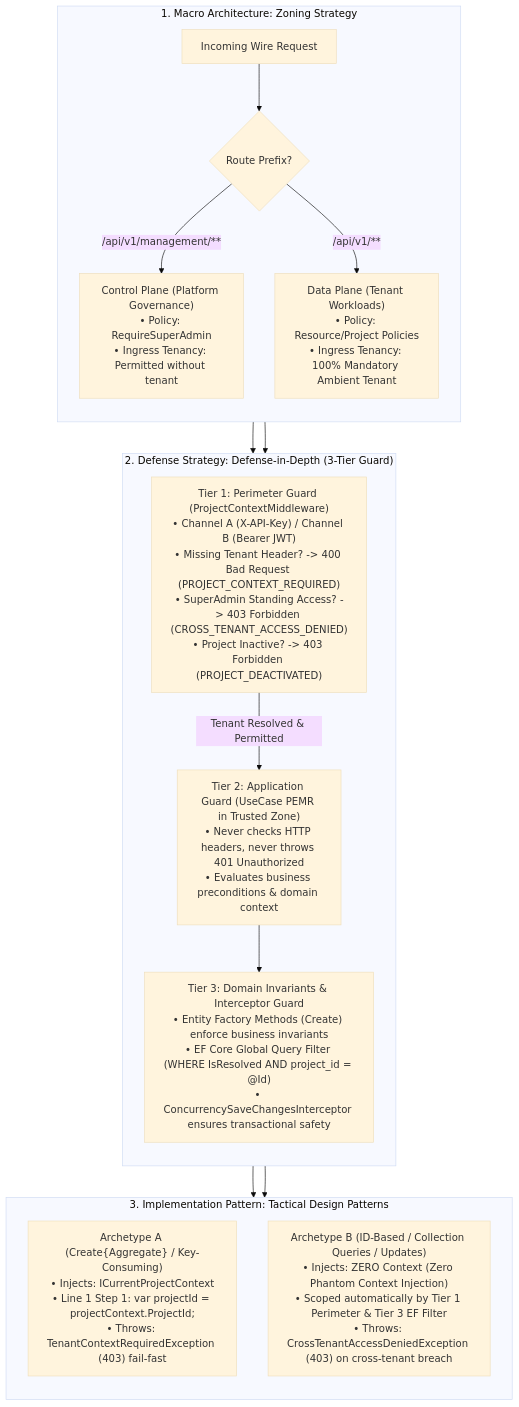
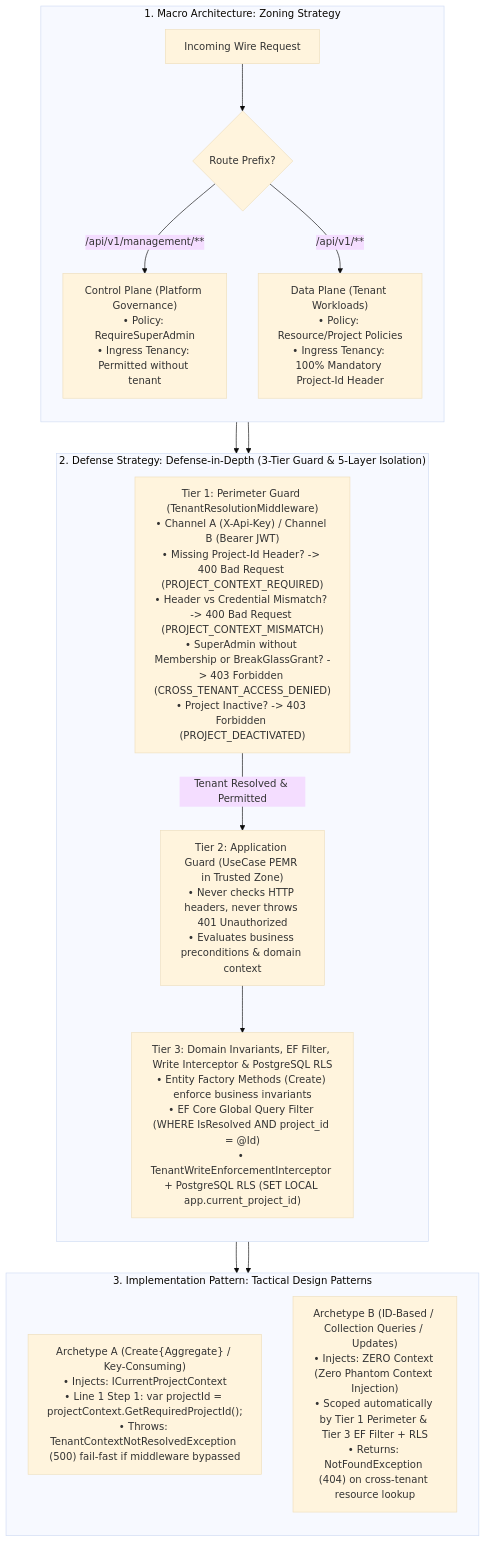
Before and after one commit to suang05/doc_template: the first of 2 diagrams in specs/03_specialized_mechanics/multi_tenant_security_pipeline.md, drawn with Mermaid (base theme). The commit also changed other lines of this file and 17 other files, not shown here.

Commit message:
feat: add backend v2 build configuration, banned symbols, and core architecture specifications

````diff
--- a/specs/03_specialized_mechanics/multi_tenant_security_pipeline.md
+++ b/specs/03_specialized_mechanics/multi_tenant_security_pipeline.md
@@ -23,24 +23,24 @@
 ```mermaid
 flowchart TD
     subgraph Macro ["1. Macro Architecture: Zoning Strategy"]
         direction TB
         Req[Incoming Wire Request] --> RouteCheck{Route Prefix?}
         RouteCheck -- "/api/v1/management/**" --> CtrlPlane["Control Plane (Platform Governance)\n• Policy: RequireSuperAdmin\n• Ingress Tenancy: Permitted without tenant"]
-        RouteCheck -- "/api/v1/**" --> DataPlane["Data Plane (Tenant Workloads)\n• Policy: Resource/Project Policies\n• Ingress Tenancy: 100% Mandatory Ambient Tenant"]
+        RouteCheck -- "/api/v1/**" --> DataPlane["Data Plane (Tenant Workloads)\n• Policy: Resource/Project Policies\n• Ingress Tenancy: 100% Mandatory Project-Id Header"]
     end
 
-    subgraph Defense ["2. Defense Strategy: Defense-in-Depth (3-Tier Guard)"]
+    subgraph Defense ["2. Defense Strategy: Defense-in-Depth (3-Tier Guard & 5-Layer Isolation)"]
         direction TB
-        DataPlane --> T1["Tier 1: Perimeter Guard (ProjectContextMiddleware)\n• Channel A (X-API-Key) / Channel B (Bearer JWT)\n• Missing Tenant Header? -> 400 Bad Request (PROJECT_CONTEXT_REQUIRED)\n• SuperAdmin Standing Access? -> 403 Forbidden (CROSS_TENANT_ACCESS_DENIED)\n• Project Inactive? -> 403 Forbidden (PROJECT_DEACTIVATED)"]
+        DataPlane --> T1["Tier 1: Perimeter Guard (TenantResolutionMiddleware)\n• Channel A (X-Api-Key) / Channel B (Bearer JWT)\n• Missing Project-Id Header? -> 400 Bad Request (PROJECT_CONTEXT_REQUIRED)\n• Header vs Credential Mismatch? -> 400 Bad Request (PROJECT_CONTEXT_MISMATCH)\n• SuperAdmin without Membership or BreakGlassGrant? -> 403 Forbidden (CROSS_TENANT_ACCESS_DENIED)\n• Project Inactive? -> 403 Forbidden (PROJECT_DEACTIVATED)"]
         T1 -- Tenant Resolved & Permitted --> T2["Tier 2: Application Guard (UseCase PEMR in Trusted Zone)\n• Never checks HTTP headers, never throws 401 Unauthorized\n• Evaluates business preconditions & domain context"]
-        T2 --> T3["Tier 3: Domain Invariants & Interceptor Guard\n• Entity Factory Methods (Create) enforce business invariants\n• EF Core Global Query Filter (WHERE IsResolved AND project_id = @Id)\n• ConcurrencySaveChangesInterceptor ensures transactional safety"]
+        T2 --> T3["Tier 3: Domain Invariants, EF Filter, Write Interceptor & PostgreSQL RLS\n• Entity Factory Methods (Create) enforce business invariants\n• EF Core Global Query Filter (WHERE IsResolved AND project_id = @Id)\n• TenantWriteEnforcementInterceptor + PostgreSQL RLS (SET LOCAL app.current_project_id)"]
     end
 
     subgraph Tactical ["3. Implementation Pattern: Tactical Design Patterns"]
         direction TB
-        T2 --> ArchA["Archetype A (Create{Aggregate} / Key-Consuming)\n• Injects: ICurrentProjectContext\n• Line 1 Step 1: var projectId = projectContext.ProjectId;\n• Throws: TenantContextRequiredException (403) fail-fast"]
-        T2 --> ArchB["Archetype B (ID-Based / Collection Queries / Updates)\n• Injects: ZERO Context (Zero Phantom Context Injection)\n• Scoped automatically by Tier 1 Perimeter & Tier 3 EF Filter\n• Throws: CrossTenantAccessDeniedException (403) on cross-tenant breach"]
+        T2 --> ArchA["Archetype A (Create{Aggregate} / Key-Consuming)\n• Injects: ICurrentProjectContext\n• Line 1 Step 1: var projectId = projectContext.GetRequiredProjectId();\n• Throws: TenantContextNotResolvedException (500) fail-fast if middleware bypassed"]
+        T2 --> ArchB["Archetype B (ID-Based / Collection Queries / Updates)\n• Injects: ZERO Context (Zero Phantom Context Injection)\n• Scoped automatically by Tier 1 Perimeter & Tier 3 EF Filter + RLS\n• Returns: NotFoundException (404) on cross-tenant resource lookup"]
     end
 
     CtrlPlane --> T2
 ```
````
